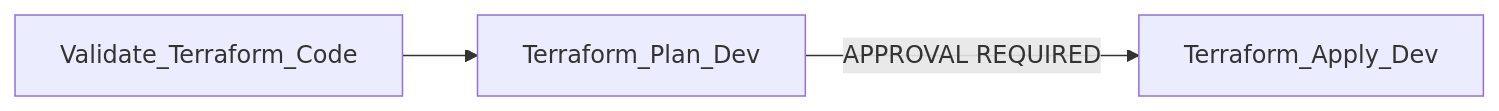
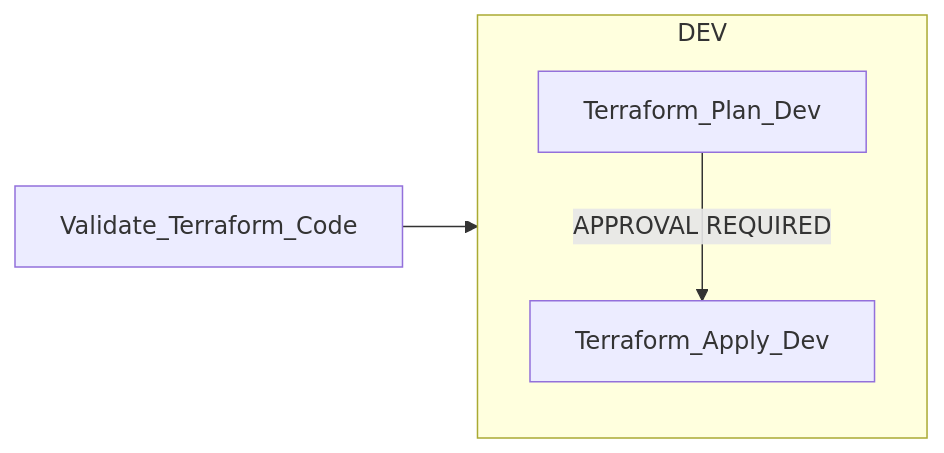
The first of 2 diagrams in README.md (hmcts/vh-infra-wowza), drawn with Mermaid before and after one commit.

Commit message:
test mermaid

````diff
--- a/README.md
+++ b/README.md
@@ -47,9 +47,8 @@
 ```mermaid
-graph LR;
-    A[Validate_Terraform_Code];
-
-        B[Terraform_Plan_Dev]-->|APPROVAL REQUIRED|C;
-        C[Terraform_Apply_Dev];
-
-    A --> B;
+graph LR;  
+    subgraph DEV
+        B[Terraform_Plan_Dev]-->|APPROVAL REQUIRED|C
+        C[Terraform_Apply_Dev]
+    end
+    A[Validate_Terraform_Code] --> DEV
 ```
````
